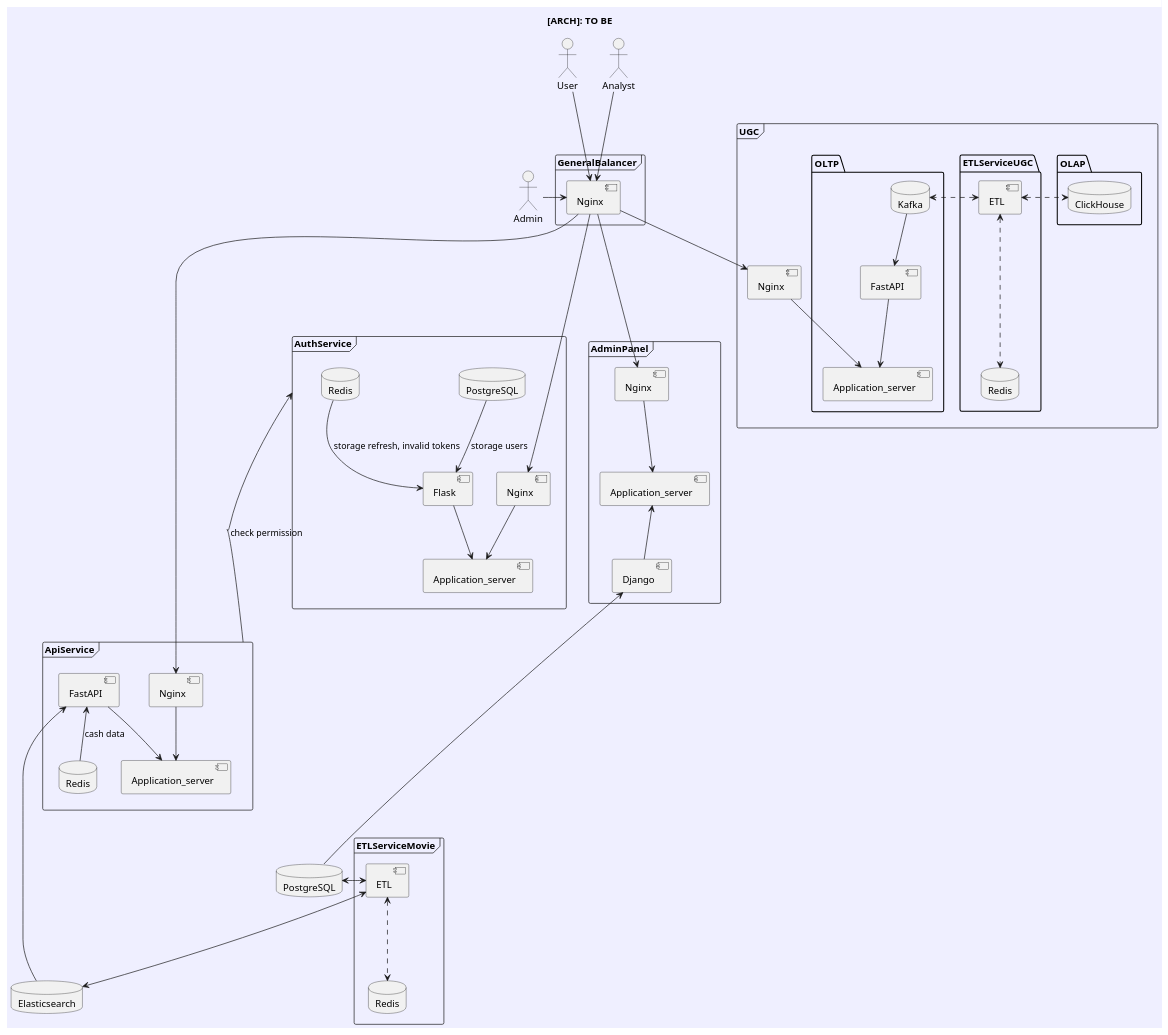
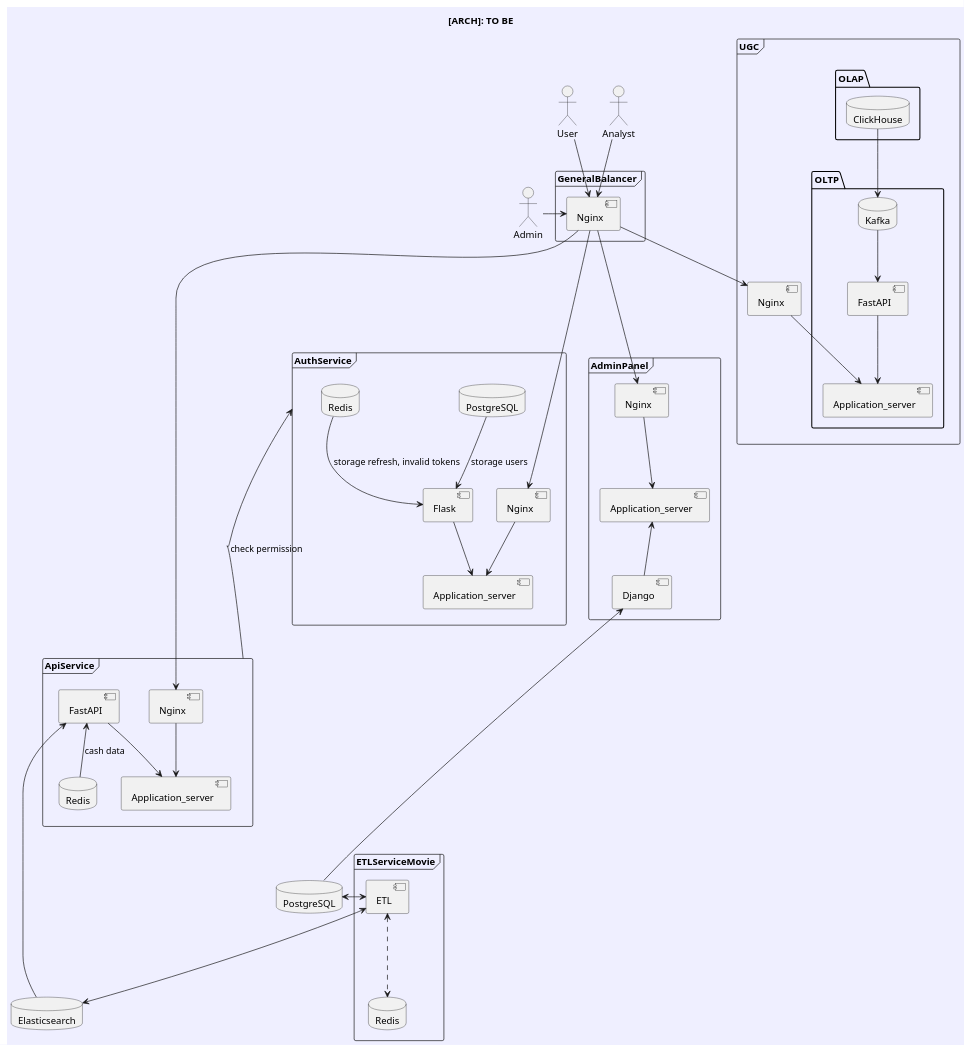
Before and after one commit to montekrist0/ugc_sprint_1: the diagram in architecture/to_be.puml, drawn with PlantUML. The commit also changed 1 other file, not shown here.

```diff
--- a/architecture/to_be.puml
+++ b/architecture/to_be.puml
@@ -1,102 +1,96 @@
 @startuml
 
 skinparam componentStyle uml2
 skinparam backgroundColor MOTIVATION
 
 title [ARCH]: TO BE
 
 actor User
 actor Admin
 actor Analyst
 
 
 frame GeneralBalancer {
     component Nginx as nginx_general_balancer
 }
 
 frame AdminPanel {
     component Nginx as nginx_admin_panel
     component Application_server as app_serv_admin_panel
     component Django as django_admin_panel
 }
 
 
 database PostgreSQL
 
 frame ETLServiceMovie {
     component ETL as etl_service_movie
     database Redis as redis_etl_service_movie
 }
 
 database Elasticsearch as elasticsearch_data_service
 
 frame ApiService {
     component Nginx as nginx_api_service
     component Application_server as app_serv_api_service
     component FastAPI as fastapi_api_service
     database Redis as redis_api_service
 }
 
 frame AuthService {
     component Nginx as nginx_auth_service
     component Application_server as app_serv_auth_service
     component Flask as flask_auth_service
     database PostgreSQL as posgresql_auth_service
     database Redis as redis_auth_service
 }
 
 frame UGC {
    component Nginx as nginx_ugc
    package OLTP {
         component Application_server as app_serv_oltp
         component FastAPI as fastapi_api_oltp
         database Kafka as kafka_auth_service_oltp
    }
    package OLAP {
          database ClickHouse as ch_olap
    }
 
-   package ETLServiceUGC {
-         component ETL as etl_service_ugc
-         database Redis as redis_etl_service_ugc
-   }
 }
 
 
 
 Admin --r-> nginx_general_balancer
 User --> nginx_general_balancer
 Analyst --> nginx_general_balancer
 
 nginx_general_balancer ---> nginx_admin_panel
 nginx_admin_panel --> app_serv_admin_panel
 app_serv_admin_panel <-- django_admin_panel
 django_admin_panel <---- PostgreSQL
 
 
 
 PostgreSQL <-r-> etl_service_movie
 etl_service_movie <---> elasticsearch_data_service
 etl_service_movie <-.-> redis_etl_service_movie
 
 nginx_general_balancer ----> nginx_api_service
 nginx_api_service --> app_serv_api_service
 fastapi_api_service --> app_serv_api_service
 fastapi_api_service <-- redis_api_service : cash data
 fastapi_api_service <-- elasticsearch_data_service
 
 nginx_general_balancer ----> nginx_auth_service
 nginx_auth_service --> app_serv_auth_service
 flask_auth_service --> app_serv_auth_service
 posgresql_auth_service --> flask_auth_service : storage users
 redis_auth_service --> flask_auth_service : storage refresh, invalid tokens
 AuthService <---- ApiService : check permission
 
 nginx_general_balancer --> nginx_ugc
 nginx_ugc --> app_serv_oltp
 fastapi_api_oltp --> app_serv_oltp
 kafka_auth_service_oltp --> fastapi_api_oltp
-etl_service_ugc <-.-> redis_etl_service_ugc
-etl_service_ugc <.> kafka_auth_service_oltp
-etl_service_ugc <.> ch_olap
+ch_olap --> kafka_auth_service_oltp
 @enduml
```
